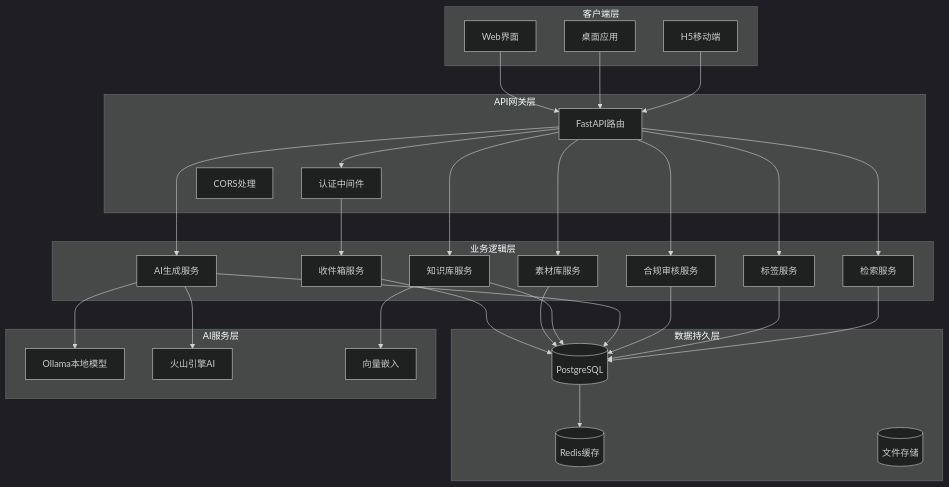
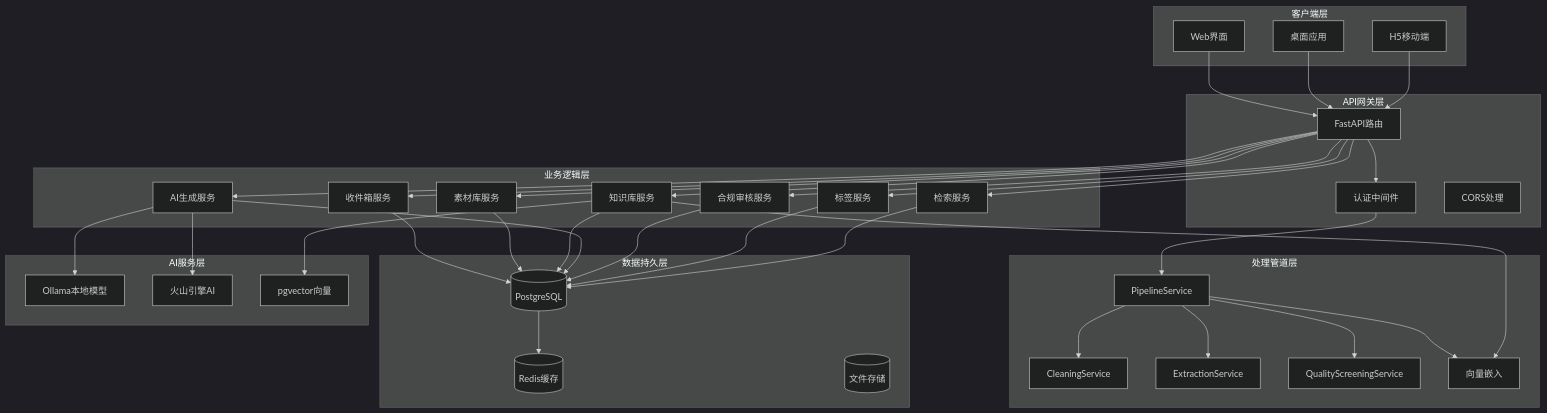
Before and after one commit to dream-ze/AI_huoke-: the first of 8 diagrams in .qoder/repowiki/zh/content/内容采集系统/MVP内容管理系统.md, drawn with Mermaid (dark theme). The commit also changed other lines of this file and 64 other files, not shown here.

````diff
--- a/.qoder/repowiki/zh/content/内容采集系统/MVP内容管理系统.md
+++ b/.qoder/repowiki/zh/content/内容采集系统/MVP内容管理系统.md
@@ -61,54 +77,68 @@
 ```mermaid
 graph TB
 subgraph "客户端层"
 Web[Web界面]
 Desktop[桌面应用]
 Mobile[H5移动端]
 end
 subgraph "API网关层"
 Router[FastAPI路由]
 Auth[认证中间件]
 CORS[CORS处理]
+end
+subgraph "处理管道层"
+Pipeline[PipelineService]
+Cleaning[CleaningService]
+Extraction[ExtractionService]
+Quality[QualityScreeningService]
+Embedding[EmbeddingService]
 end
 subgraph "业务逻辑层"
 Inbox[收件箱服务]
 Material[素材库服务]
 Knowledge[知识库服务]
 Generate[AI生成服务]
 Compliance[合规审核服务]
 Tag[标签服务]
 Search[检索服务]
 end
 subgraph "数据持久层"
 Postgres[(PostgreSQL)]
 Redis[(Redis缓存)]
 Storage[(文件存储)]
 end
 subgraph "AI服务层"
 Ollama[Ollama本地模型]
 Volcano[火山引擎AI]
 Embedding[向量嵌入]
+Vector[pgvector向量]
 end
 Web --> Router
 Desktop --> Router
 Mobile --> Router
 Router --> Auth
-Auth --> Inbox
+Auth --> Pipeline
+Pipeline --> Cleaning
+Pipeline --> Extraction
+Pipeline --> Quality
+Pipeline --> Embedding
+Router --> Inbox
 Router --> Material
 Router --> Knowledge
 Router --> Generate
 Router --> Compliance
 Router --> Tag
 Router --> Search
 Inbox --> Postgres
 Material --> Postgres
 Knowledge --> Postgres
 Generate --> Postgres
 Compliance --> Postgres
 Tag --> Postgres
 Search --> Postgres
 Generate --> Ollama
 Generate --> Volcano
 Knowledge --> Embedding
+Knowledge --> Vector
 Postgres --> Redis
 ```
````
